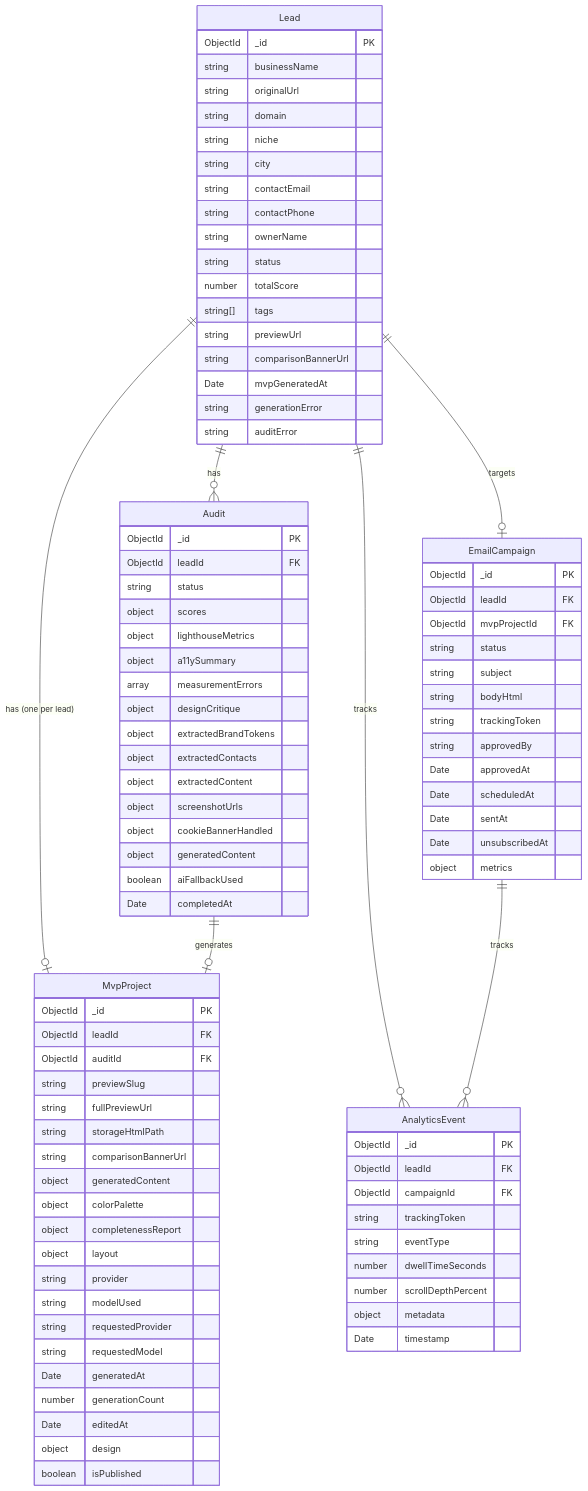
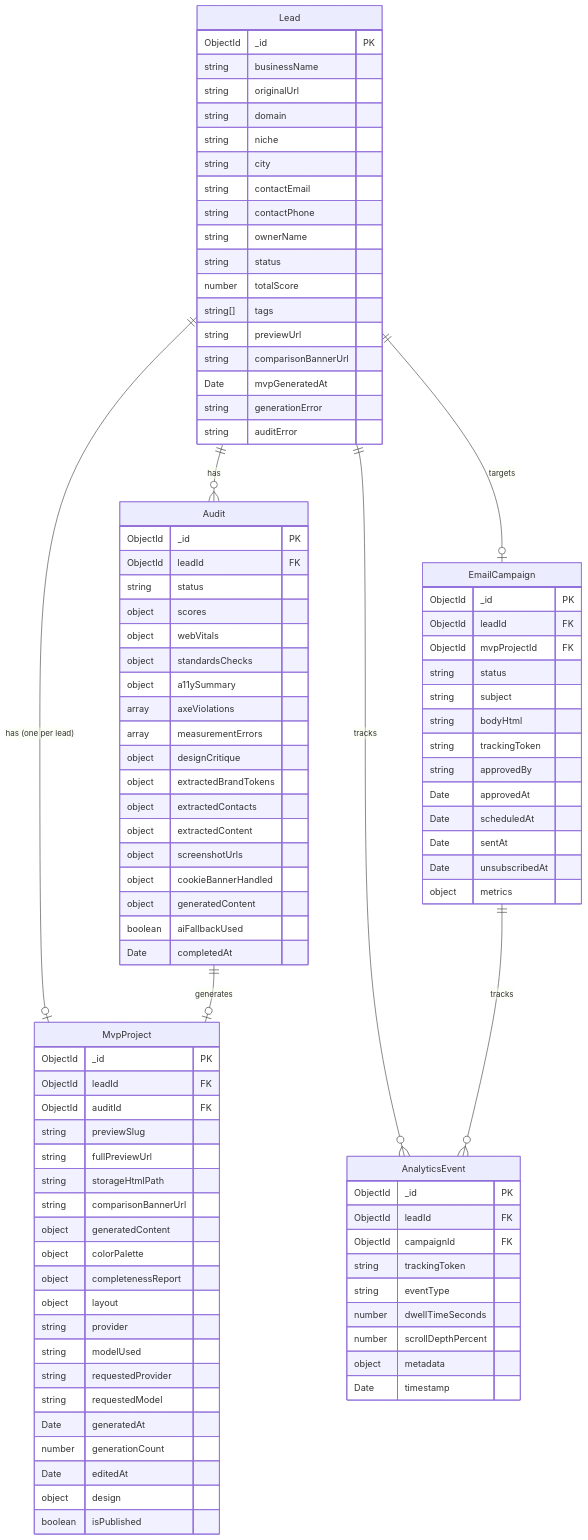
The seventh of 10 diagrams in blueprint.md (yurykurouski/revamp-docs), drawn with Mermaid before and after one commit. The commit also changed other lines of this file and 3 other files, not shown here.

Commit message:
docs(REV-102): record the no-Lighthouse decision, webVitals, standards checks and stored axe violations

```diff
--- a/blueprint.md
+++ b/blueprint.md
@@ -477,8 +479,10 @@
         ObjectId leadId FK
         string status
         object scores
-        object lighthouseMetrics
+        object webVitals
+        object standardsChecks
         object a11ySummary
+        array axeViolations
         array measurementErrors
         object designCritique
         object extractedBrandTokens
```
